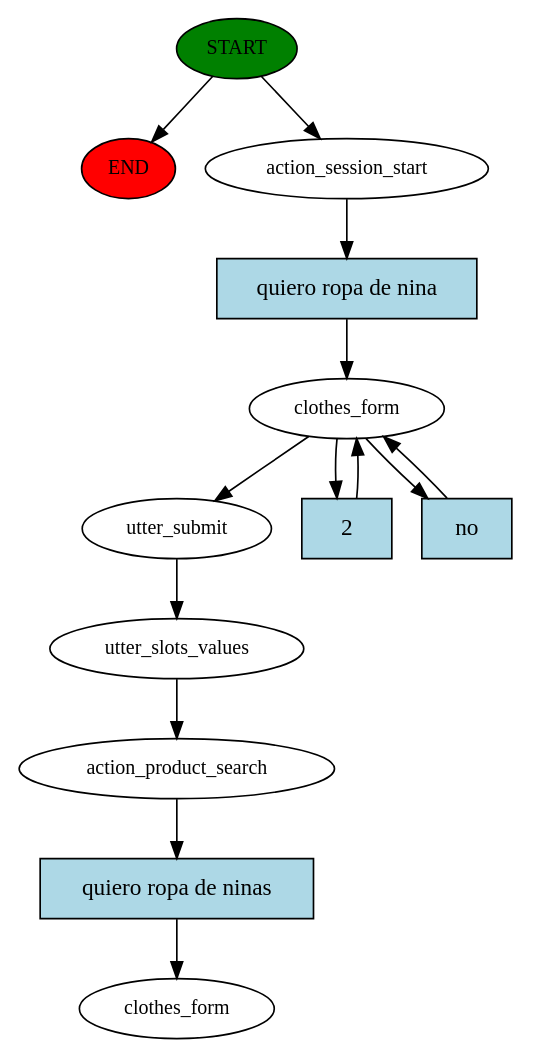
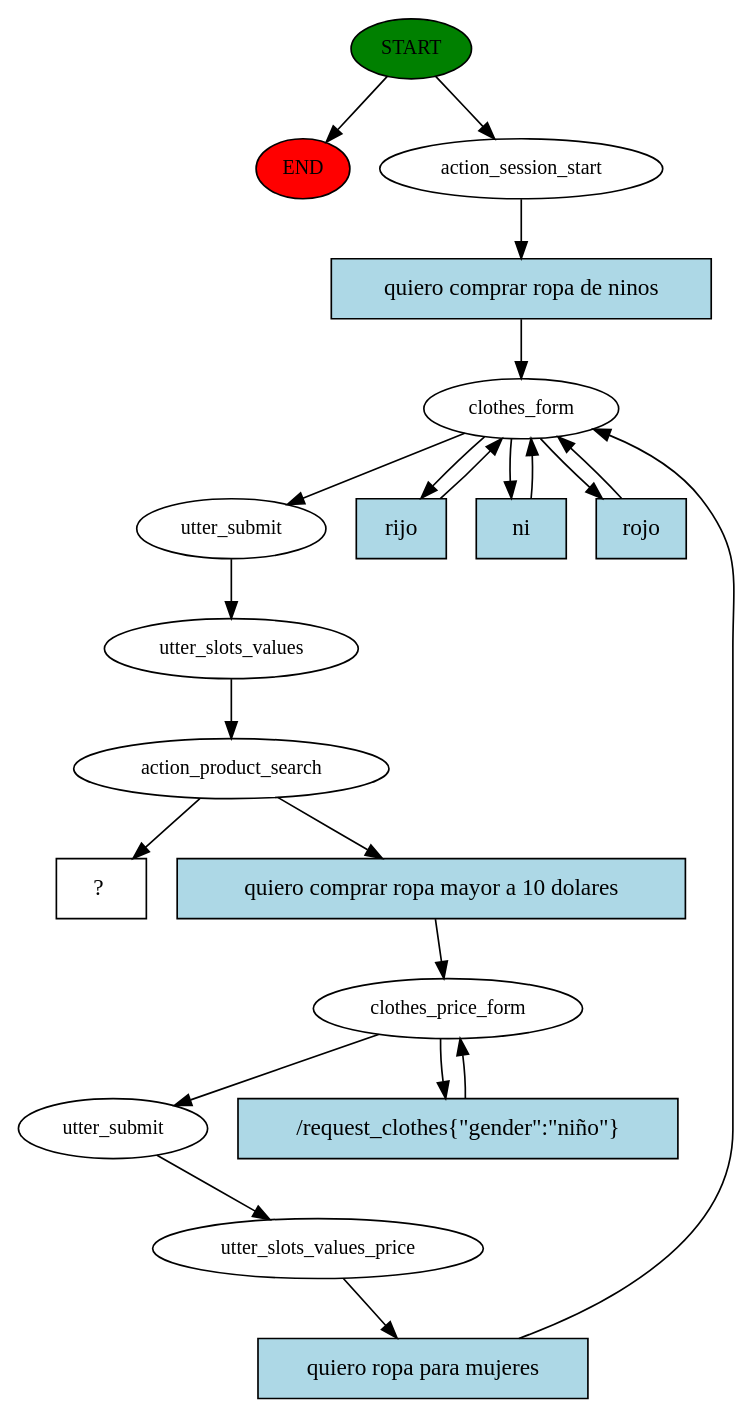
One commit to kabirivan/ChatBot-Clothes changed the diagram in chatbot/story_graph.dot. Above: the diagram before and after it, drawn with Graphviz. The commit also changed 3 other files, not shown here.

```diff
--- a/chatbot/story_graph.dot
+++ b/chatbot/story_graph.dot
@@ -1,27 +1,42 @@
 digraph  {
 0 [class="start active", fillcolor=green, fontsize=12, label=START, style=filled];
 "-1" [class=end, fillcolor=red, fontsize=12, label=END, style=filled];
 1 [class=active, fontsize=12, label=action_session_start];
 2 [class=active, fontsize=12, label=clothes_form];
 7 [class=active, fontsize=12, label=utter_submit];
 8 [class=active, fontsize=12, label=utter_slots_values];
 9 [class=active, fontsize=12, label=action_product_search];
-10 [class="dashed active", fontsize=12, label=clothes_form];
-11 [class="intent active", fillcolor=lightblue, label="quiero ropa de nina", shape=rect, style=filled];
-12 [class="intent active", fillcolor=lightblue, label=2, shape=rect, style=filled];
-13 [class="intent active", fillcolor=lightblue, label=no, shape=rect, style=filled];
-14 [class="intent active", fillcolor=lightblue, label="quiero ropa de ninas", shape=rect, style=filled];
+10 [class=active, fontsize=12, label=clothes_price_form];
+12 [class=active, fontsize=12, label=utter_submit];
+13 [class=active, fontsize=12, label=utter_slots_values_price];
+23 [class="intent dashed active", label="  ?  ", shape=rect];
+24 [class="intent active", fillcolor=lightblue, label="quiero comprar ropa de ninos", shape=rect, style=filled];
+25 [class="intent active", fillcolor=lightblue, label=rijo, shape=rect, style=filled];
+26 [class="intent active", fillcolor=lightblue, label=ni, shape=rect, style=filled];
+27 [class="intent active", fillcolor=lightblue, label=rojo, shape=rect, style=filled];
+28 [class="intent active", fillcolor=lightblue, label="quiero comprar ropa mayor a 10 dolares", shape=rect, style=filled];
+29 [class="intent active", fillcolor=lightblue, label="/request_clothes{\"gender\":\"niño\"}", shape=rect, style=filled];
+30 [class="intent active", fillcolor=lightblue, label="quiero ropa para mujeres", shape=rect, style=filled];
 0 -> "-1"  [class="", key=NONE, label=""];
 0 -> 1  [class=active, key=NONE, label=""];
-1 -> 11  [class=active, key=0];
+1 -> 24  [class=active, key=0];
 2 -> 7  [class=active, key=NONE, label=""];
-2 -> 12  [class=active, key=0];
-2 -> 13  [class=active, key=0];
+2 -> 25  [class=active, key=0];
+2 -> 26  [class=active, key=0];
+2 -> 27  [class=active, key=0];
 7 -> 8  [class=active, key=NONE, label=""];
 8 -> 9  [class=active, key=NONE, label=""];
-9 -> 14  [class=active, key=0];
-11 -> 2  [class=active, key=0];
-12 -> 2  [class=active, key=0];
-13 -> 2  [class=active, key=0];
-14 -> 10  [class=active, key=0];
+9 -> 23  [class=active, key=NONE, label=""];
+9 -> 28  [class=active, key=0];
+10 -> 12  [class=active, key=NONE, label=""];
+10 -> 29  [class=active, key=0];
+12 -> 13  [class=active, key=NONE, label=""];
+13 -> 30  [class=active, key=0];
+24 -> 2  [class=active, key=0];
+25 -> 2  [class=active, key=0];
+26 -> 2  [class=active, key=0];
+27 -> 2  [class=active, key=0];
+28 -> 10  [class=active, key=0];
+29 -> 10  [class=active, key=0];
+30 -> 2  [class=active, key=0];
 }
```
